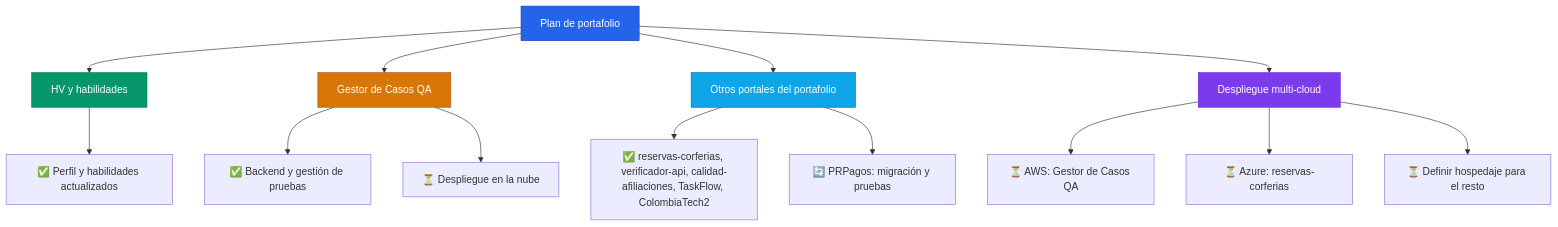
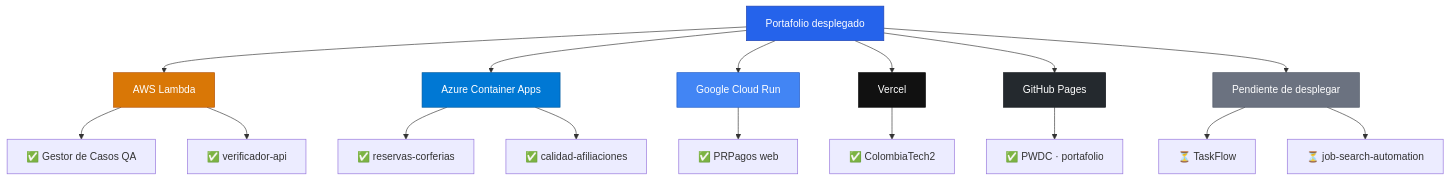
The diagram in README.md (lariasca1994/lariasca1994), drawn with Mermaid before and after one commit. The commit also changed other lines of this file, not shown here.

````diff
--- a/README.md
+++ b/README.md
@@ -57,25 +57,32 @@
 ```mermaid
 graph TB
-    A[Plan de portafolio] --> B[HV y habilidades]
-    A --> C[Gestor de Casos QA]
-    A --> D[Otros portales del portafolio]
-    A --> E[Despliegue multi-cloud]
+    A[Portafolio desplegado] --> AWS[AWS Lambda]
+    A --> AZ[Azure Container Apps]
+    A --> GCP[Google Cloud Run]
+    A --> VER[Vercel]
+    A --> GHP[GitHub Pages]
+    A --> PEND[Pendiente de desplegar]
 
-    B --> B1[✅ Perfil y habilidades actualizados]
+    AWS --> AWS1[✅ Gestor de Casos QA]
+    AWS --> AWS2[✅ verificador-api]
 
-    C --> C1[✅ Backend y gestión de pruebas]
-    C --> C2[⏳ Despliegue en la nube]
+    AZ --> AZ1[✅ reservas-corferias]
+    AZ --> AZ2[✅ calidad-afiliaciones]
 
-    D --> D1[✅ reservas-corferias, verificador-api, calidad-afiliaciones, TaskFlow, ColombiaTech2]
-    D --> D2[🔄 PRPagos: migración y pruebas]
+    GCP --> GCP1[✅ PRPagos web]
 
-    E --> E1[⏳ AWS: Gestor de Casos QA]
-    E --> E2[⏳ Azure: reservas-corferias]
-    E --> E3[⏳ Definir hospedaje para el resto]
+    VER --> VER1[✅ ColombiaTech2]
+
+    GHP --> GHP1[✅ PWDC · portafolio]
+
+    PEND --> PEND1[⏳ TaskFlow]
+    PEND --> PEND2[⏳ job-search-automation]
 
     style A fill:#2563EB,stroke:#1E40AF,color:#fff
-    style B fill:#059669,stroke:#047857,color:#fff
-    style C fill:#D97706,stroke:#B45309,color:#fff
-    style D fill:#0EA5E9,stroke:#0369A1,color:#fff
-    style E fill:#7C3AED,stroke:#6D28D9,color:#fff
+    style AWS fill:#D97706,stroke:#B45309,color:#fff
+    style AZ fill:#0078D4,stroke:#005A9E,color:#fff
+    style GCP fill:#4285F4,stroke:#1A56C4,color:#fff
+    style VER fill:#111111,stroke:#000000,color:#fff
+    style GHP fill:#24292E,stroke:#0D1117,color:#fff
+    style PEND fill:#6B7280,stroke:#4B5563,color:#fff
 ```
````
